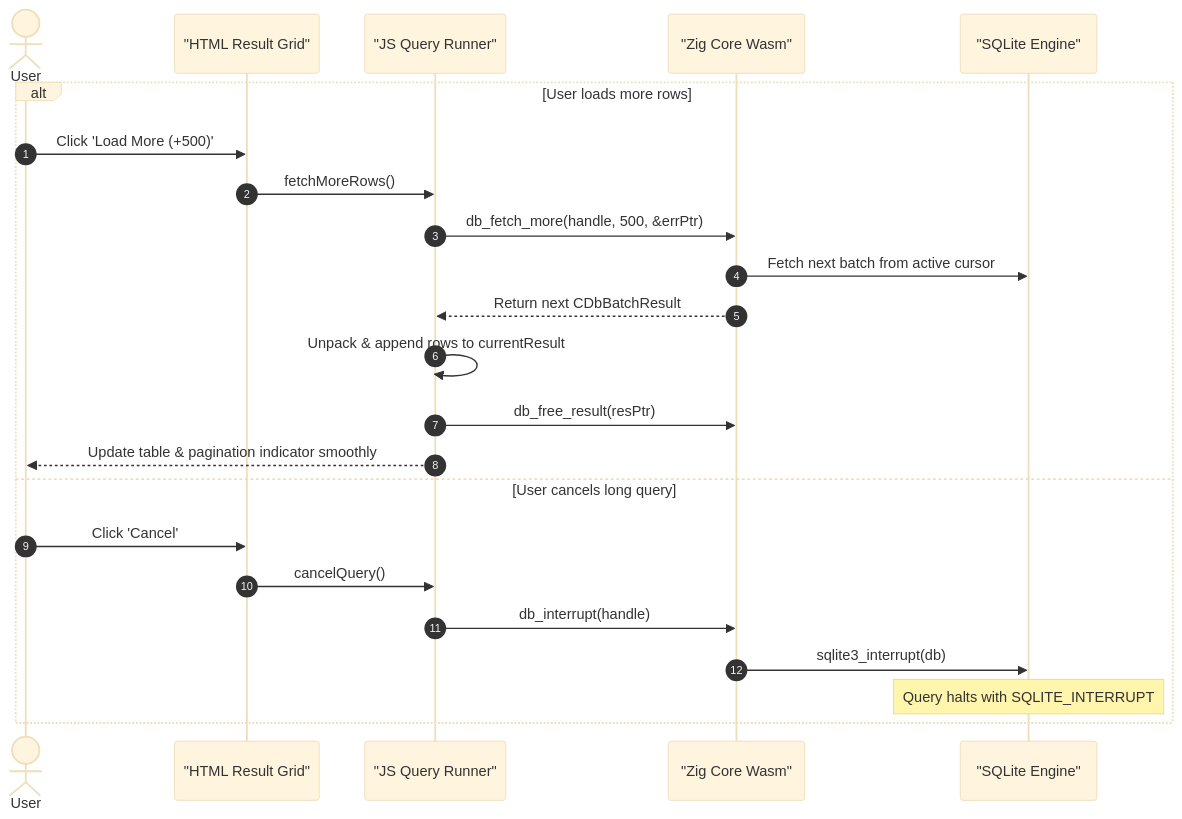
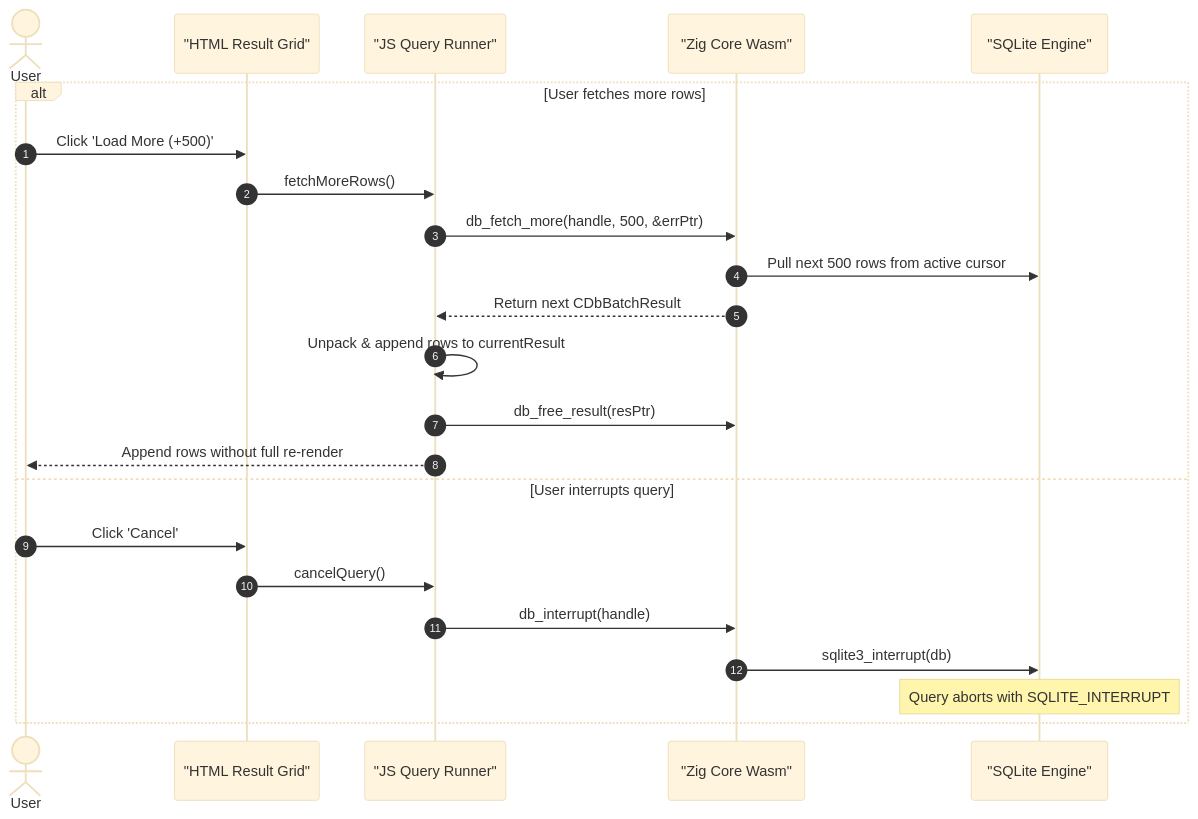
The fourth of 4 diagrams in qianliyan/docs/wasm-architecture.md (jiacai2050/x), drawn with Mermaid (base theme) before and after one commit. The commit also changed other lines of this file and 4 other files, not shown here.

````diff
--- a/qianliyan/docs/wasm-architecture.md
+++ b/qianliyan/docs/wasm-architecture.md
@@ -152,26 +151,26 @@
 ```mermaid
 sequenceDiagram
     autonumber
     actor User
     participant Grid as "HTML Result Grid"
     participant Engine as "JS Query Runner"
     participant Wasm as "Zig Core Wasm"
     participant SQLite as "SQLite Engine"
 
-    alt User loads more rows
+    alt User fetches more rows
         User->>Grid: Click 'Load More (+500)'
         Grid->>Engine: fetchMoreRows()
         Engine->>Wasm: db_fetch_more(handle, 500, &errPtr)
-        Wasm->>SQLite: Fetch next batch from active cursor
+        Wasm->>SQLite: Pull next 500 rows from active cursor
         Wasm-->>Engine: Return next CDbBatchResult
         Engine->>Engine: Unpack & append rows to currentResult
         Engine->>Wasm: db_free_result(resPtr)
-        Engine-->>User: Update table & pagination indicator smoothly
-    else User cancels long query
+        Engine-->>User: Append rows without full re-render
+    else User interrupts query
         User->>Grid: Click 'Cancel'
         Grid->>Engine: cancelQuery()
         Engine->>Wasm: db_interrupt(handle)
         Wasm->>SQLite: sqlite3_interrupt(db)
-        Note over SQLite: Query halts with SQLITE_INTERRUPT
+        Note over SQLite: Query aborts with SQLITE_INTERRUPT
     end
 ```
````
